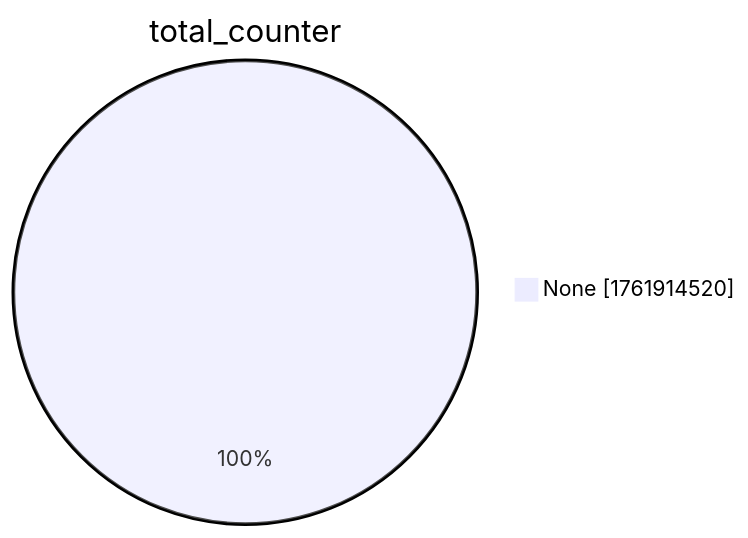
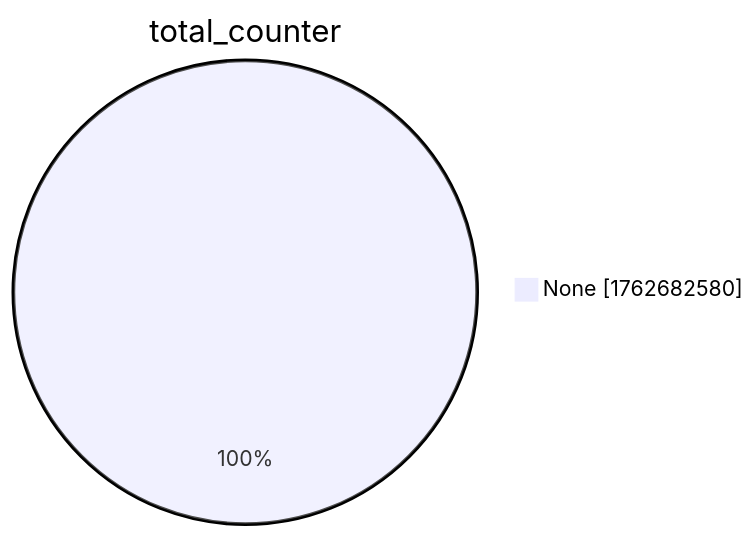
One commit to christiankrug/ctmonitor_visualization changed the second of 15 diagrams in xenon2022/README.md. Above: the diagram before and after it, drawn with Mermaid. The commit also changed other lines of this file, not shown here.

````diff
--- a/xenon2022/README.md
+++ b/xenon2022/README.md
@@ -9,5 +9,5 @@
 ```mermaid
 pie showData
 title total_counter
-"None" :1761914520
+"None" :1762682580
 ```
````
